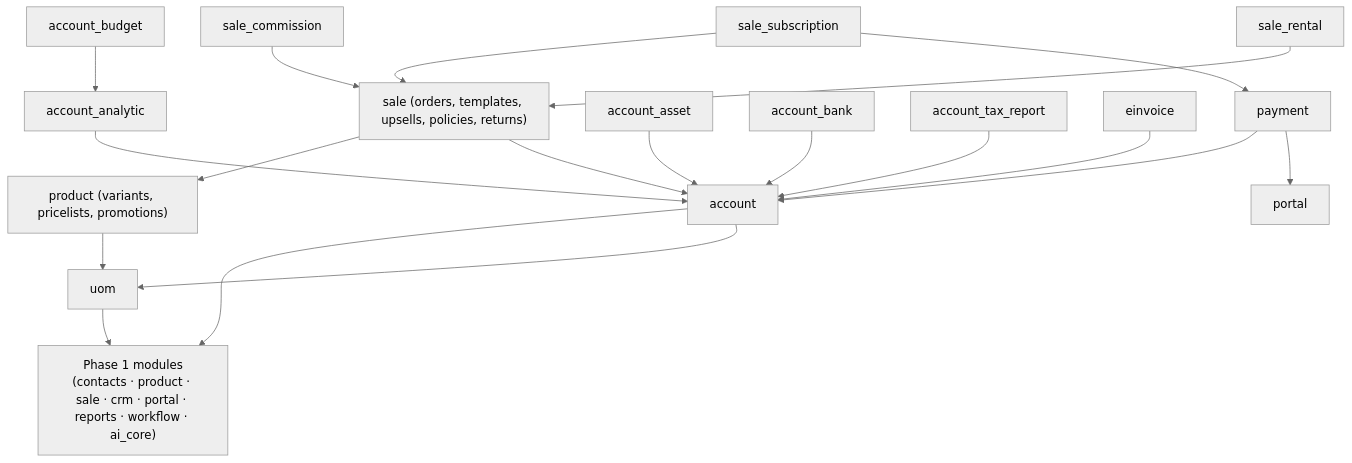
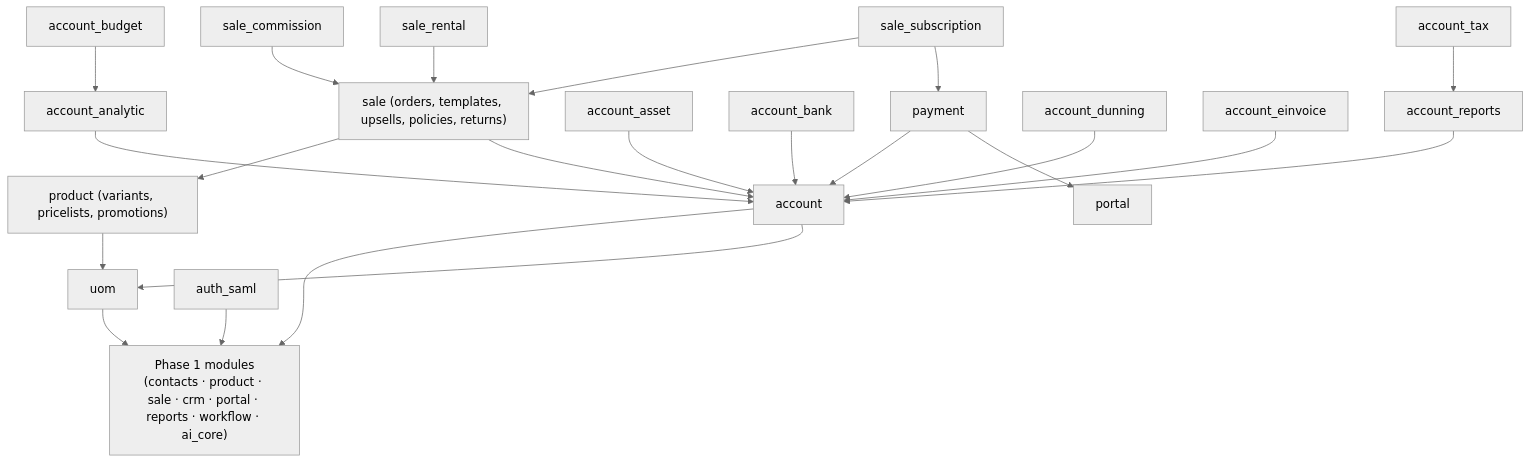
The second of 9 diagrams in docs/architecture/MODULE_DEPENDENCY_MAP.md (SRS1610/AI-Infused-CRM), drawn with Mermaid (neutral theme) before and after one commit. The commit also changed other lines of this file and 3 other files, not shown here.

````diff
--- a/docs/architecture/MODULE_DEPENDENCY_MAP.md
+++ b/docs/architecture/MODULE_DEPENDENCY_MAP.md
@@ -93,22 +93,25 @@
 ```mermaid
 flowchart TB
     P1["Phase 1 modules\n(contacts · product · sale · crm · portal · reports · workflow · ai_core)"]
     uom --> P1
     product_variants["product (variants, pricelists, promotions)"] --> uom
     sale_full["sale (orders, templates, upsells, policies, returns)"] --> product_variants
     sale_commission --> sale_full
     sale_subscription --> sale_full
     sale_rental --> sale_full
     account --> P1
     account --> uom
     account_analytic --> account
     account_budget --> account_analytic
     account_asset --> account
     account_bank --> account
-    account_tax_report --> account
-    einvoice --> account
+    account_reports --> account
+    account_tax --> account_reports
+    account_dunning --> account
+    auth_saml --> P1
+    account_einvoice --> account
     payment --> account
     payment --> portal_p1["portal"]
     sale_full --> account
     sale_subscription --> payment
 ```
````
